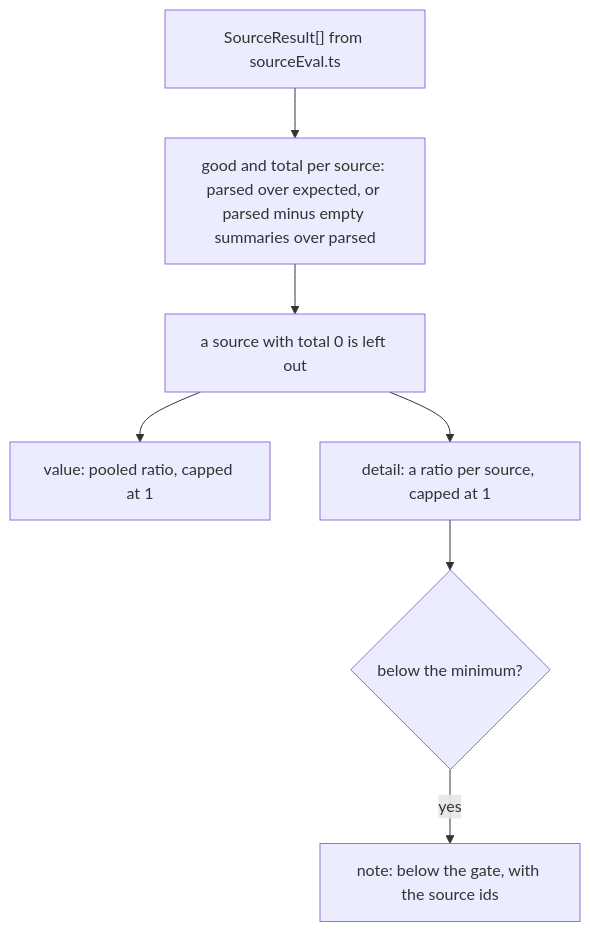
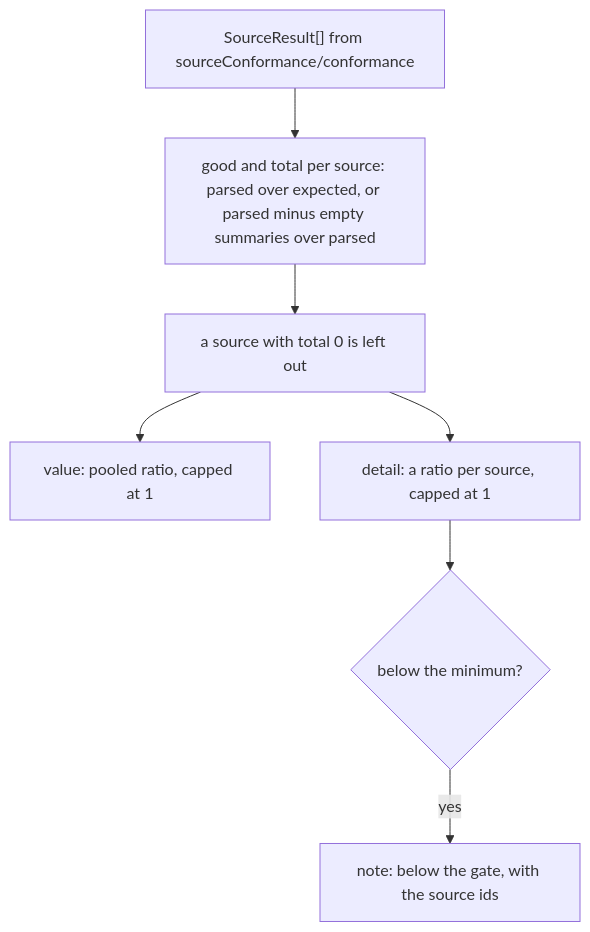
Before and after one commit to odere-pro/weekly-engineering-digest-agent: the diagram in evals/metrics/sources/CLAUDE.md, drawn with Mermaid. The commit also changed other lines of this file and 119 other files, not shown here.

````diff
--- a/evals/metrics/sources/CLAUDE.md
+++ b/evals/metrics/sources/CLAUDE.md
@@ -8,9 +8,9 @@
 ```mermaid
 flowchart TD
-  res["SourceResult[] from sourceEval.ts"] --> counts["good and total per source: parsed over expected, or parsed minus empty summaries over parsed"]
+  res["SourceResult[] from sourceConformance/conformance"] --> counts["good and total per source: parsed over expected, or parsed minus empty summaries over parsed"]
   counts --> skip["a source with total 0 is left out"]
   skip --> pool["value: pooled ratio, capped at 1"]
   skip --> per["detail: a ratio per source, capped at 1"]
   per --> low{"below the minimum?"}
   low -->|yes| note["note: below the gate, with the source ids"]
 ```
````
